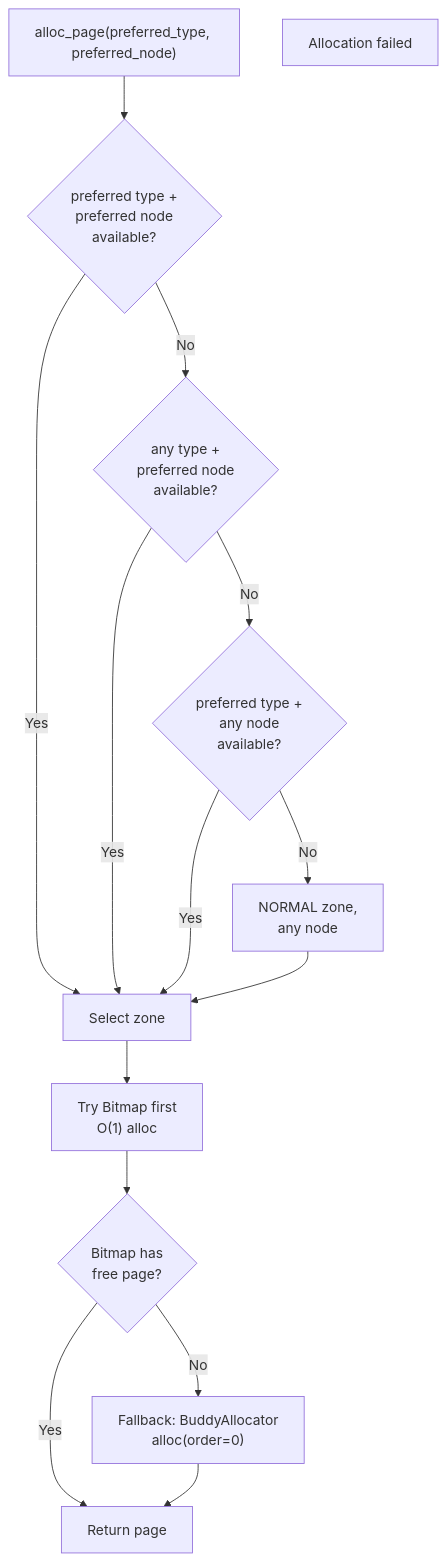
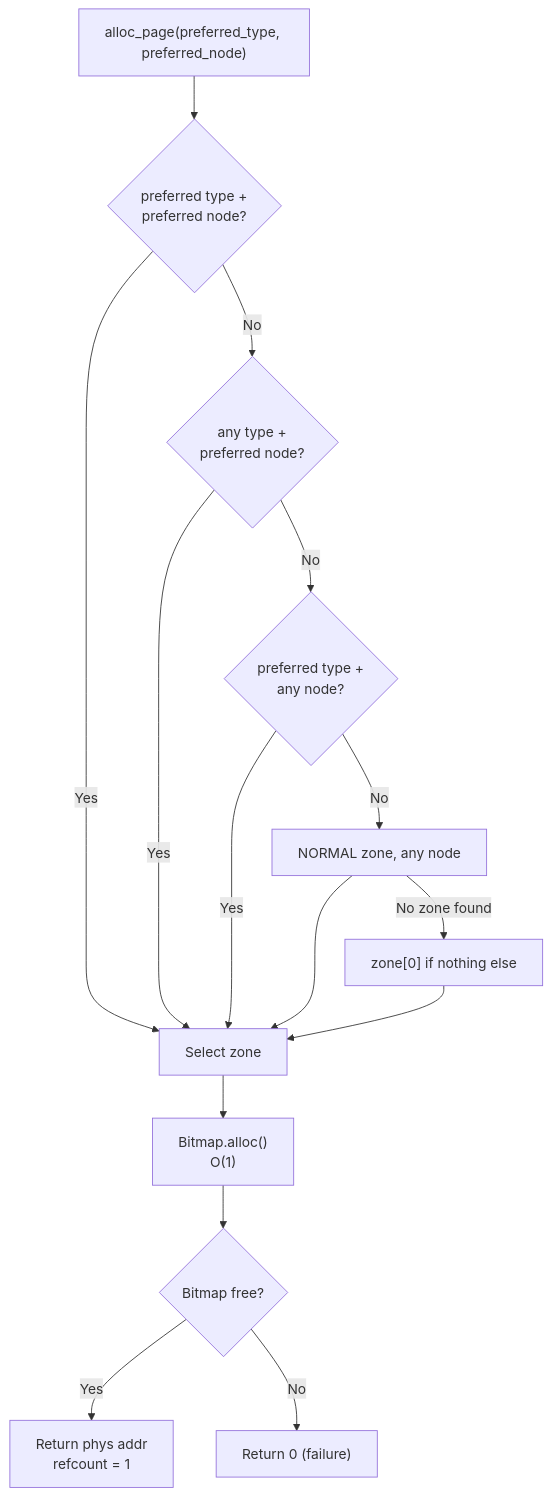
One commit to KitsuneBSD/FKernel changed the third of 8 diagrams in Docs/Domains/memory-management-guide.md. Above: the diagram before and after it, drawn with Mermaid. The commit also changed other lines of this file and 15 other files, not shown here.

Commit message:
docs: update TODO.md and architecture documentation for session 12

````diff
--- a/Docs/Domains/memory-management-guide.md
+++ b/Docs/Domains/memory-management-guide.md
@@ -77,24 +96,25 @@
 ```mermaid
 flowchart TD
     REQ["alloc_page(preferred_type, preferred_node)"]
-    F1{"preferred type +<br/>preferred node<br/>available?"}
-    F2{"any type +<br/>preferred node<br/>available?"}
-    F3{"preferred type +<br/>any node<br/>available?"}
-    F4["NORMAL zone,<br/>any node"]
+    F1{"preferred type +<br/>preferred node?"}
+    F2{"any type +<br/>preferred node?"}
+    F3{"preferred type +<br/>any node?"}
+    F4["NORMAL zone, any node"]
+    FALLBACK["zone[0] if nothing else"]
     SELECT["Select zone"]
-    TRY_BITMAP["Try Bitmap first<br/>O(1) alloc"]
-    BITMAP_OK{Bitmap has<br/>free page?}
-    BUDDY_ALLOC["Fallback: BuddyAllocator<br/>alloc(order=0)"]
-    FAIL["Allocation failed"]
+    TRY_BITMAP["Bitmap.alloc()<br/>O(1)"]
+    BITMAP_OK{Bitmap free?}
+    ALLOC_FAIL["Return 0 (failure)"]
 
     REQ --> F1
     F1 -->|Yes| SELECT
     F1 -->|No| F2
     F2 -->|Yes| SELECT
     F2 -->|No| F3
     F3 -->|Yes| SELECT
     F3 -->|No| F4 --> SELECT
+    F4 -->|No zone found| FALLBACK --> SELECT
     SELECT --> TRY_BITMAP --> BITMAP_OK
-    BITMAP_OK -->|Yes| DONE["Return page"]
-    BITMAP_OK -->|No| BUDDY_ALLOC --> DONE
+    BITMAP_OK -->|Yes| DONE["Return phys addr<br/>refcount = 1"]
+    BITMAP_OK -->|No| ALLOC_FAIL
 ```
````
